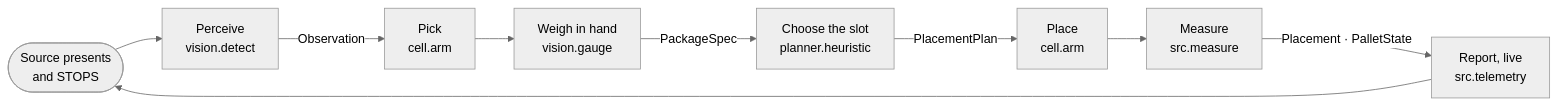
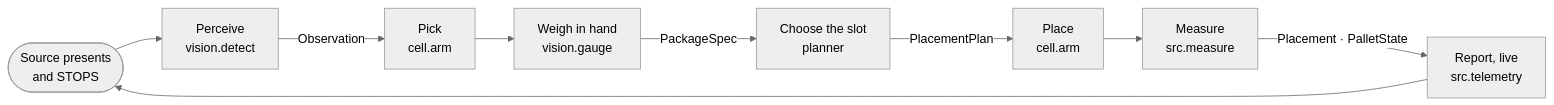
One commit to STACKSPECT/Simulation changed the first of 2 diagrams in README.md. Above: the diagram before and after it, drawn with Mermaid (neutral theme). The commit also changed other lines of this file and 4 other files, not shown here.

````diff
--- a/README.md
+++ b/README.md
@@ -38,11 +50,11 @@
 ```mermaid
 flowchart LR
     S(["Source presents<br>and STOPS"]) --> P["Perceive<br>vision.detect"]
     P -- Observation --> K["Pick<br>cell.arm"]
     K --> W["Weigh in hand<br>vision.gauge"]
-    W -- PackageSpec --> C["Choose the slot<br>planner.heuristic"]
+    W -- PackageSpec --> C["Choose the slot<br>planner"]
     C -- PlacementPlan --> L["Place<br>cell.arm"]
     L --> M["Measure<br>src.measure"]
     M -- "Placement · PalletState" --> T["Report, live<br>src.telemetry"]
     T --> S
 ```
````
